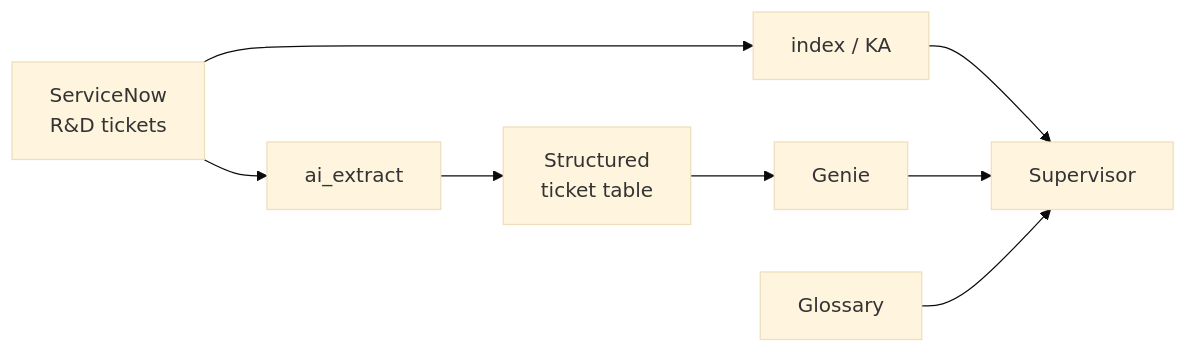
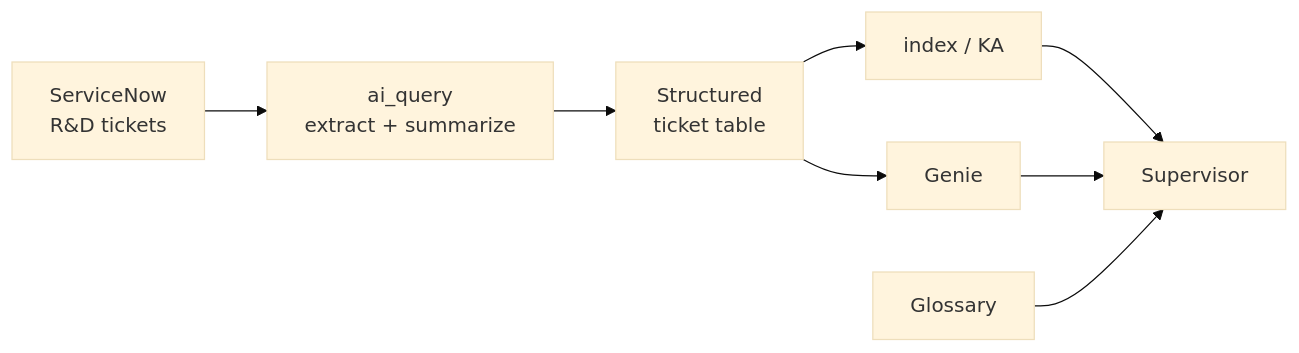
Before and after one commit to databricks-industry-solutions/field-repair-knowledge-assistant: the first of 2 diagrams in README.md, drawn with Mermaid (base theme). The commit also changed other lines of this file, not shown here.

First line of the commit message:
Fix Architecture section: correct enrichment, KA source, and layout

````diff
--- a/README.md
+++ b/README.md
@@ -122,17 +122,18 @@
 ```mermaid
 graph LR
     SN[ServiceNow<br/>R&D tickets]
-    EXTRACT[ai_extract]
+    EXTRACT[ai_query<br/>extract + summarize]
     STRUCT[Structured<br/>ticket table]
     GENIE[Genie]
     KA[index / KA]
     GLOSS[Glossary]
     SUP[Supervisor]
 
-    SN --> EXTRACT --> STRUCT --> GENIE
-    SN --> KA
+    SN --> EXTRACT --> STRUCT
+    STRUCT --> GENIE
+    STRUCT --> KA
 
     KA --> SUP
     GENIE --> SUP
     GLOSS --> SUP
 ```
````
